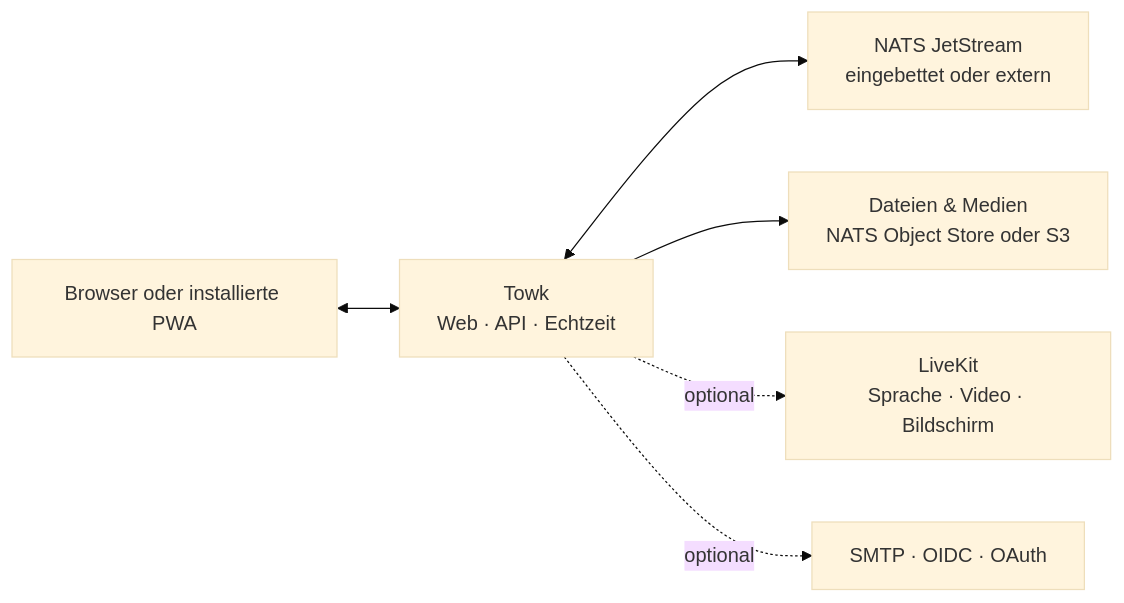
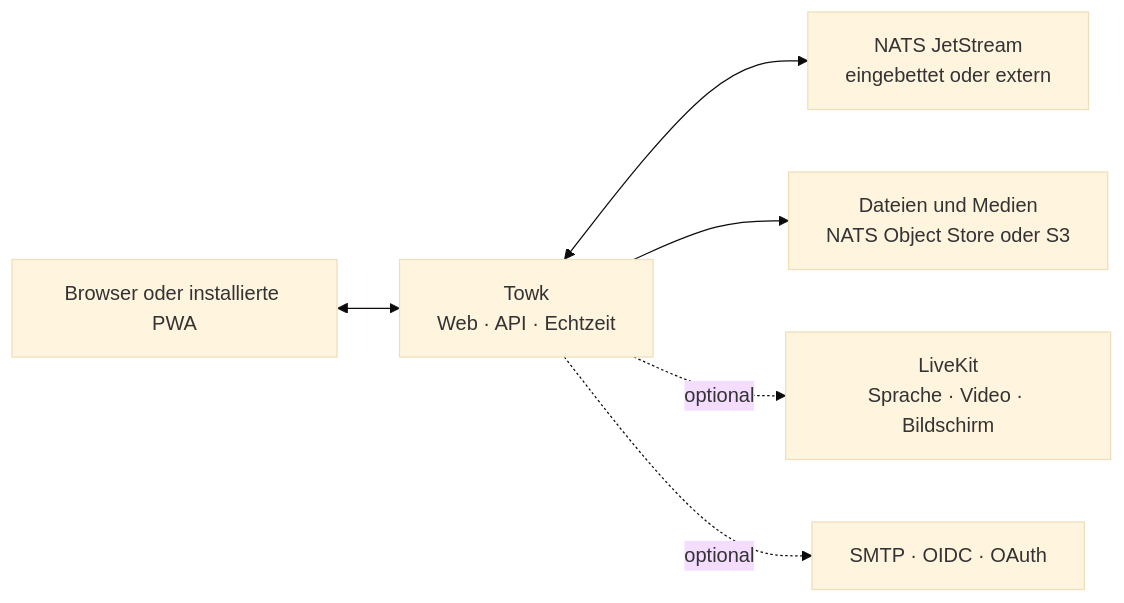
One commit to Yo-DDV/Towk changed the diagram in README.de.md. Above: the diagram before and after it, drawn with Mermaid (base theme). The commit also changed other lines of this file and 10 other files, not shown here.

````diff
--- a/README.de.md
+++ b/README.de.md
@@ -135,8 +202,8 @@
 ```mermaid
 flowchart LR
     U["Browser oder installierte PWA"] <--> T["Towk<br/>Web · API · Echtzeit"]
     T <--> N["NATS JetStream<br/>eingebettet oder extern"]
-    T --> O["Dateien & Medien<br/>NATS Object Store oder S3"]
+    T --> O["Dateien und Medien<br/>NATS Object Store oder S3"]
     T -. optional .-> L["LiveKit<br/>Sprache · Video · Bildschirm"]
     T -. optional .-> I["SMTP · OIDC · OAuth"]
 ```
````
